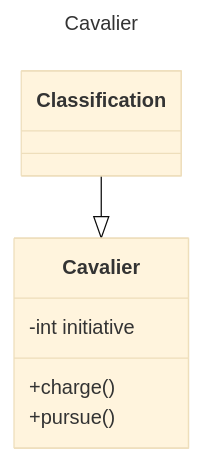
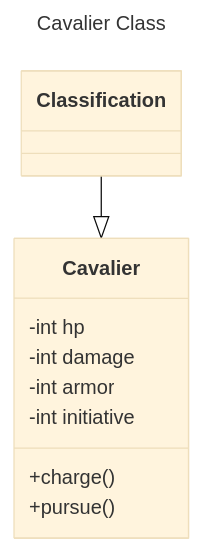
The diagram in wiki/Class-Diagram-‐-Cavalier.md (pacalso-jjc/2425-2nd-cc3-1e-rpg), drawn with Mermaid (base theme) before and after one commit.

Commit message:
Added variables to Cavalier that will likely override superclass Classification variables

````diff
--- a/wiki/Class-Diagram-‐-Cavalier.md
+++ b/wiki/Class-Diagram-‐-Cavalier.md
@@ -1,12 +1,15 @@
 ```mermaid
 ---
-title: Cavalier
+title: Cavalier Class
 ---
 classDiagram
     Classification --|> Cavalier
     class Cavalier {
+        -int hp
+        -int damage
+        -int armor
         -int initiative
         +charge()
         +pursue()
     }
 ```
````
